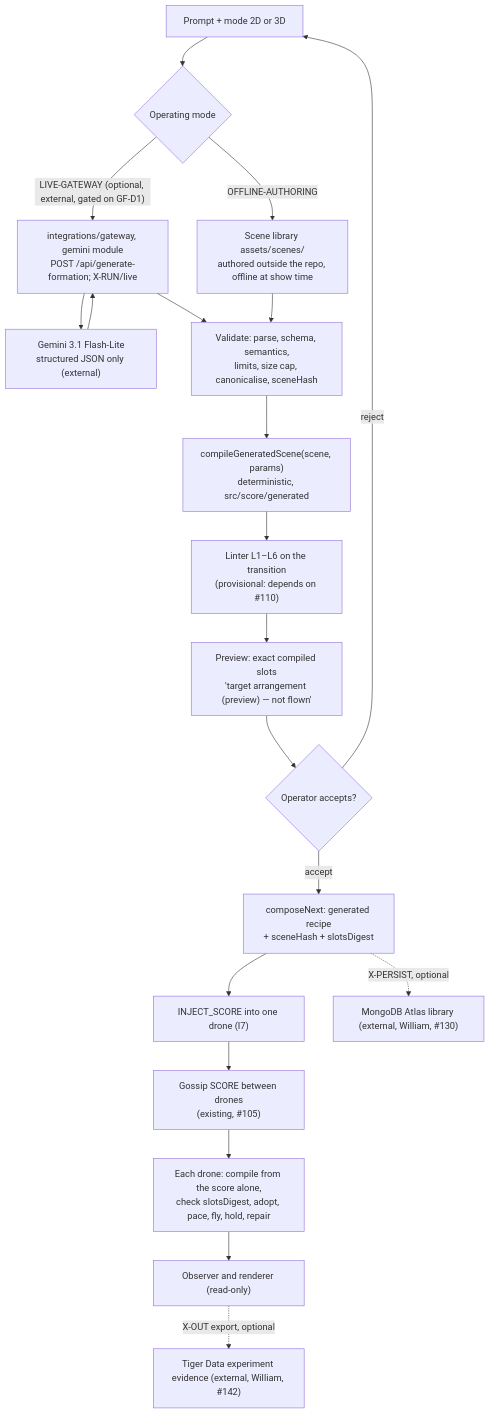
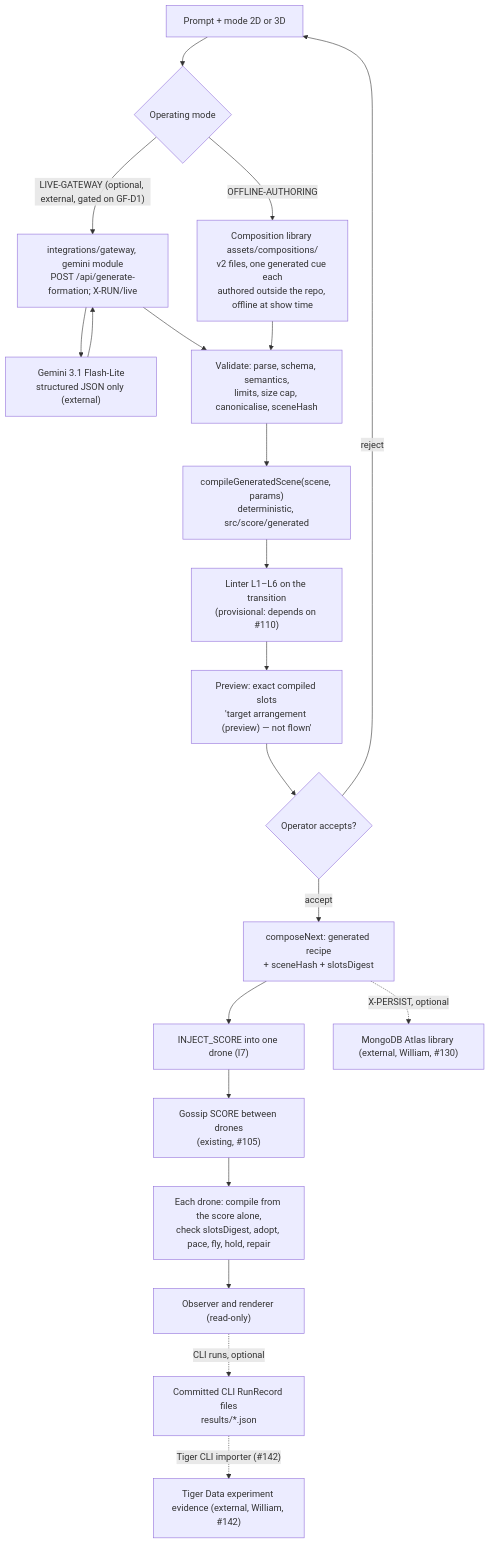
Before and after one commit to durhacko/Pihh: the diagram in docs/integrations/gemini-generated-formations.md, drawn with Mermaid. The commit also changed other lines of this file and 2 other files, not shown here.

````diff
--- a/docs/integrations/gemini-generated-formations.md
+++ b/docs/integrations/gemini-generated-formations.md
@@ -161,22 +170,23 @@
 ```mermaid
 flowchart TD
   P["Prompt + mode 2D or 3D"] --> G{"Operating mode"}
   G -->|"LIVE-GATEWAY (optional, external, gated on GF-D1)"| GW["integrations/gateway, gemini module<br/>POST /api/generate-formation; X-RUN/live"]
   GW --> GM["Gemini 3.1 Flash-Lite<br/>structured JSON only (external)"]
   GM --> GW
-  G -->|"OFFLINE-AUTHORING"| LIB["Scene library assets/scenes/<br/>authored outside the repo, offline at show time"]
+  G -->|"OFFLINE-AUTHORING"| LIB["Composition library assets/compositions/<br/>v2 files, one generated cue each<br/>authored outside the repo, offline at show time"]
   GW --> V["Validate: parse, schema, semantics,<br/>limits, size cap, canonicalise, sceneHash"]
   LIB --> V
   V --> C["compileGeneratedScene(scene, params)<br/>deterministic, src/score/generated"]
   C --> L["Linter L1–L6 on the transition<br/>(provisional: depends on #110)"]
   L --> PV["Preview: exact compiled slots<br/>'target arrangement (preview) — not flown'"]
   PV --> A{"Operator accepts?"}
   A -->|"reject"| P
   A -->|"accept"| CN["composeNext: generated recipe<br/>+ sceneHash + slotsDigest"]
   CN --> INJ["INJECT_SCORE into one drone (I7)"]
   INJ --> GS["Gossip SCORE between drones<br/>(existing, #105)"]
   GS --> D["Each drone: compile from the score alone,<br/>check slotsDigest, adopt, pace, fly, hold, repair"]
   D --> OBS["Observer and renderer (read-only)"]
-  OBS -.->|"X-OUT export, optional"| TD["Tiger Data experiment evidence (external, William, #142)"]
+  OBS -.->|"CLI runs, optional"| RR["Committed CLI RunRecord files<br/>results/*.json"]
+  RR -.->|"Tiger CLI importer (#142)"| TD["Tiger Data experiment evidence (external, William, #142)"]
   CN -.->|"X-PERSIST, optional"| MDB["MongoDB Atlas library (external, William, #130)"]
 ```
````
